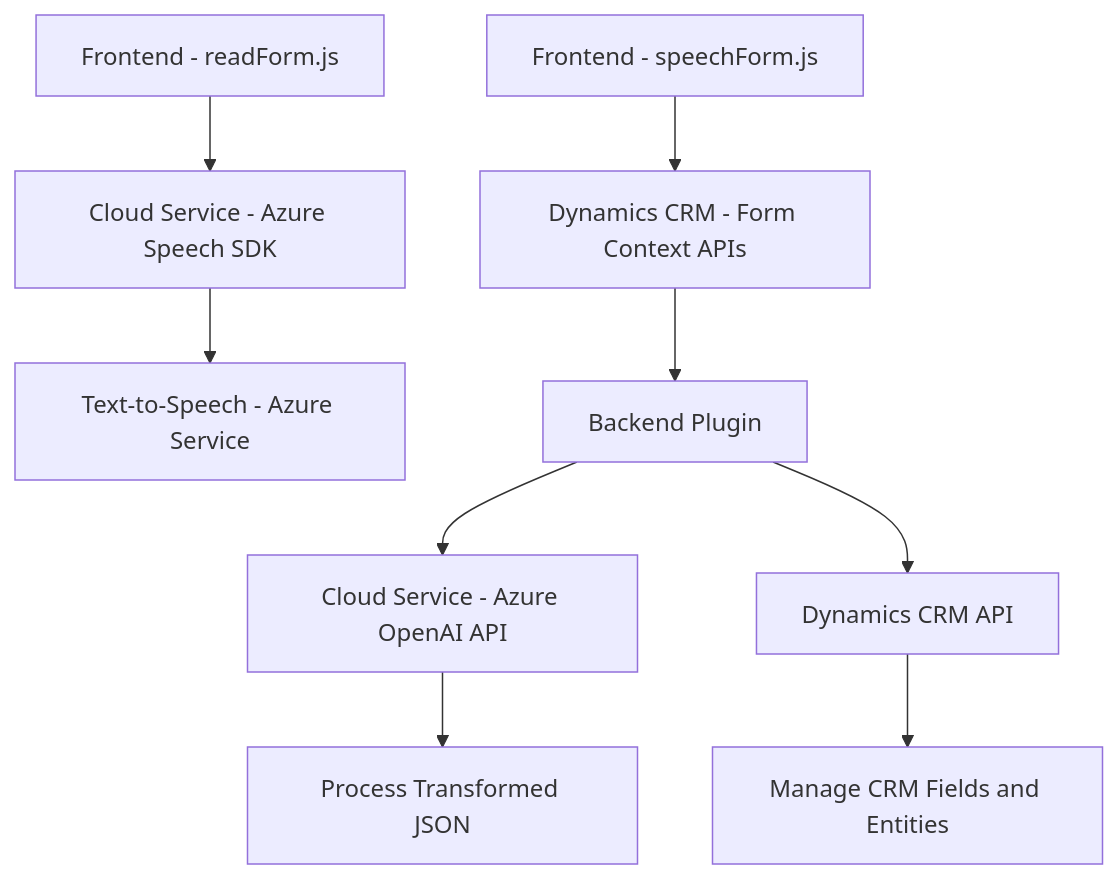
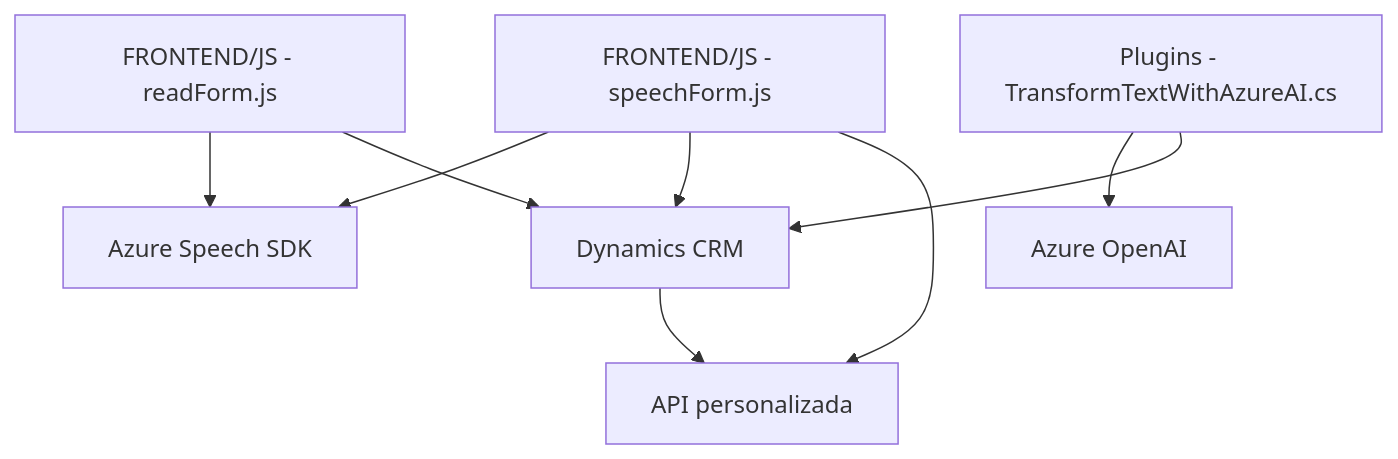
One commit to blopezdm/NETCORE_BILBAO2025 changed the diagram in README.md. Above: the diagram before and after it, drawn with Mermaid. The commit also changed other lines of this file, not shown here.

````diff
--- a/README.md
+++ b/README.md
@@ -43,11 +56,19 @@
 ```mermaid
 graph TD
-    A["Frontend - readForm.js"] --> B["Cloud Service - Azure Speech SDK"]
-    B --> C["Text-to-Speech - Azure Service"]
-    D["Frontend - speechForm.js"] --> E["Dynamics CRM - Form Context APIs"]
-    E --> F["Backend - Plugin TransformTextWithAzureAI.cs"]
-    F["Backend Plugin"] --> G["Cloud Service - Azure OpenAI API"]
-    F --> H["Dynamics CRM API"]
-    G --> J["Process Transformed JSON"]
-    H --> K["Manage CRM Fields and Entities"]
+  A["FRONTEND/JS - readForm.js"]
+  B["FRONTEND/JS - speechForm.js"]
+  C["Plugins - TransformTextWithAzureAI.cs"]
+  D["Azure Speech SDK"]
+  E["Azure OpenAI"]
+  F["Dynamics CRM"]
+  G["API personalizada"]
+
+  A --> D
+  A --> F
+  B --> D
+  B --> F
+  B --> G
+  C --> E
+  C --> F
+  F --> G
 ```
````
